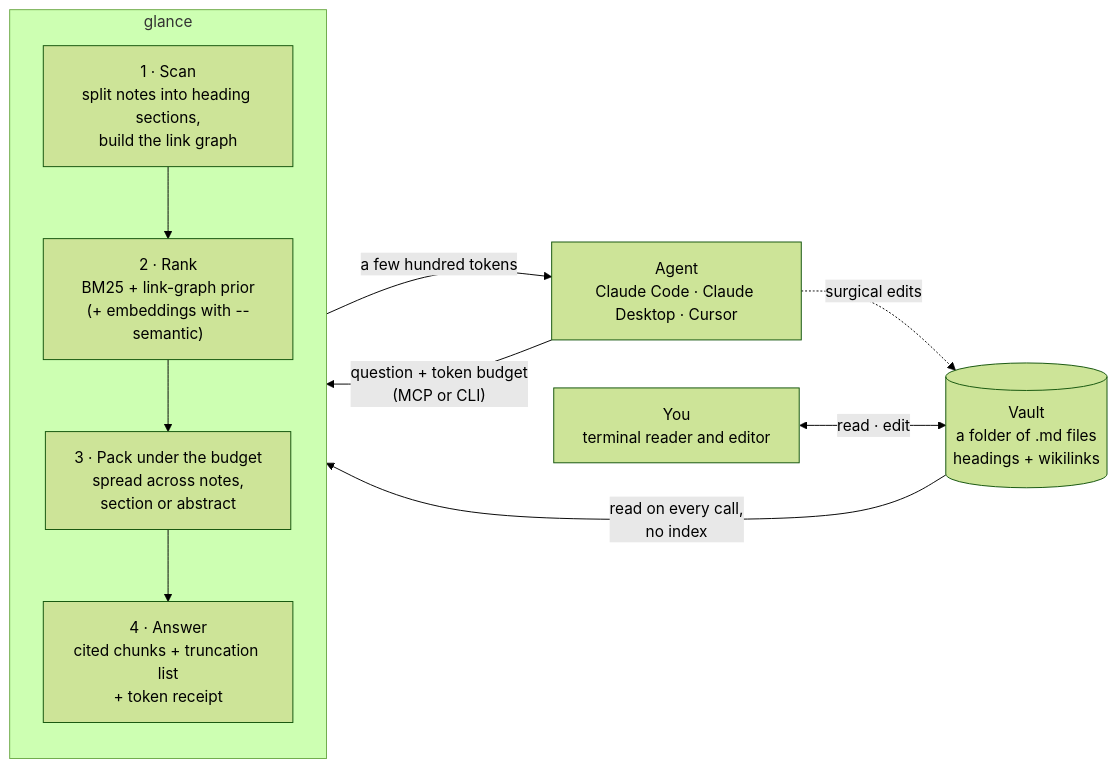
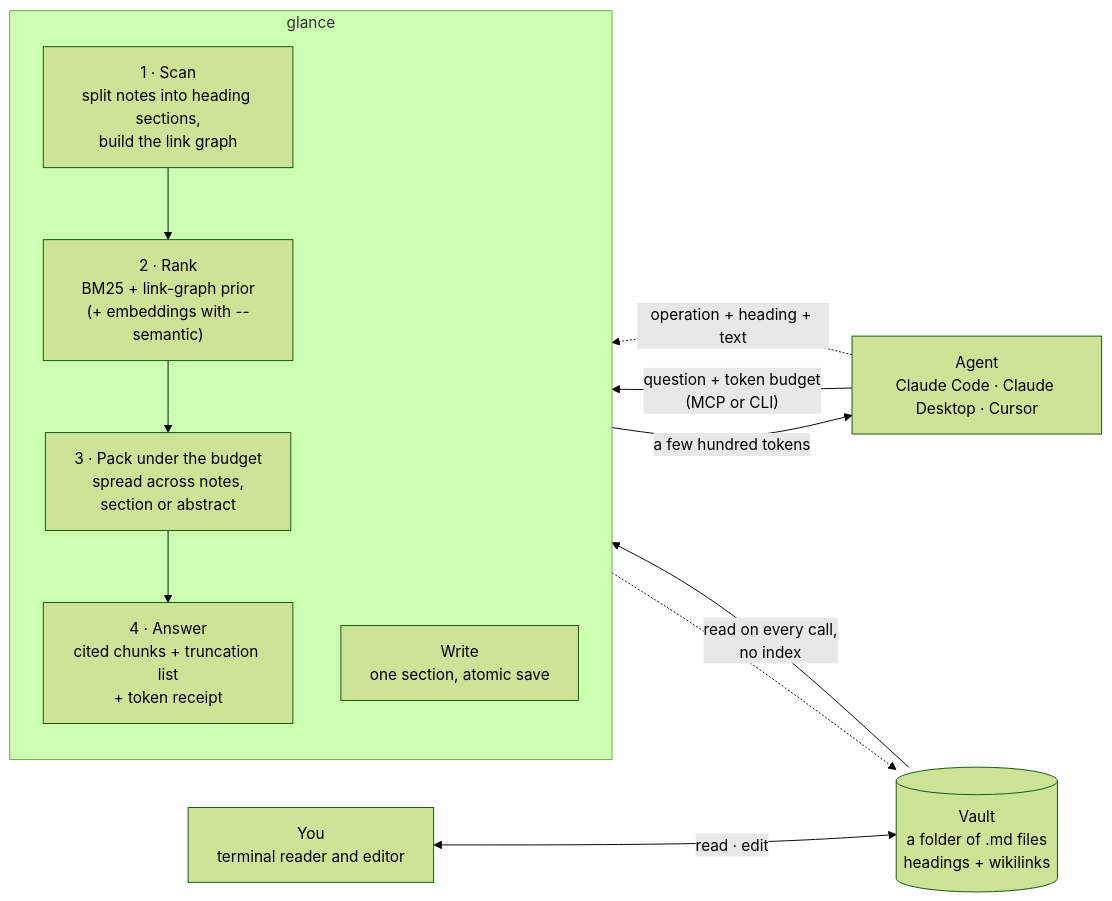
One commit to LucaTamSapienza/glance changed the diagram in README.md. Above: the diagram before and after it, drawn with Mermaid (forest theme). The commit also changed other lines of this file and 3 other files, not shown here.

````diff
--- a/README.md
+++ b/README.md
@@ -77,21 +86,23 @@
 ```mermaid
 flowchart LR
     A["Agent<br/>Claude Code · Claude Desktop · Cursor"]
     H["You<br/>terminal reader and editor"]
     V[("Vault<br/>a folder of .md files<br/>headings + wikilinks")]
 
     subgraph G["glance"]
         direction TB
         S["1 · Scan<br/>split notes into heading sections,<br/>build the link graph"]
         R["2 · Rank<br/>BM25 + link-graph prior<br/>(+ embeddings with --semantic)"]
         P["3 · Pack under the budget<br/>spread across notes,<br/>section or abstract"]
         O["4 · Answer<br/>cited chunks + truncation list<br/>+ token receipt"]
         S --> R --> P --> O
+        W["Write<br/>one section, atomic save"]
     end
 
     A -->|"question + token budget<br/>(MCP or CLI)"| S
     V -->|"read on every call,<br/>no index"| S
     O -->|"a few hundred tokens"| A
-    A -.->|"surgical edits"| V
+    A -.->|"operation + heading + text"| W
+    W -.-> V
     H <-->|"read · edit"| V
 ```
````
